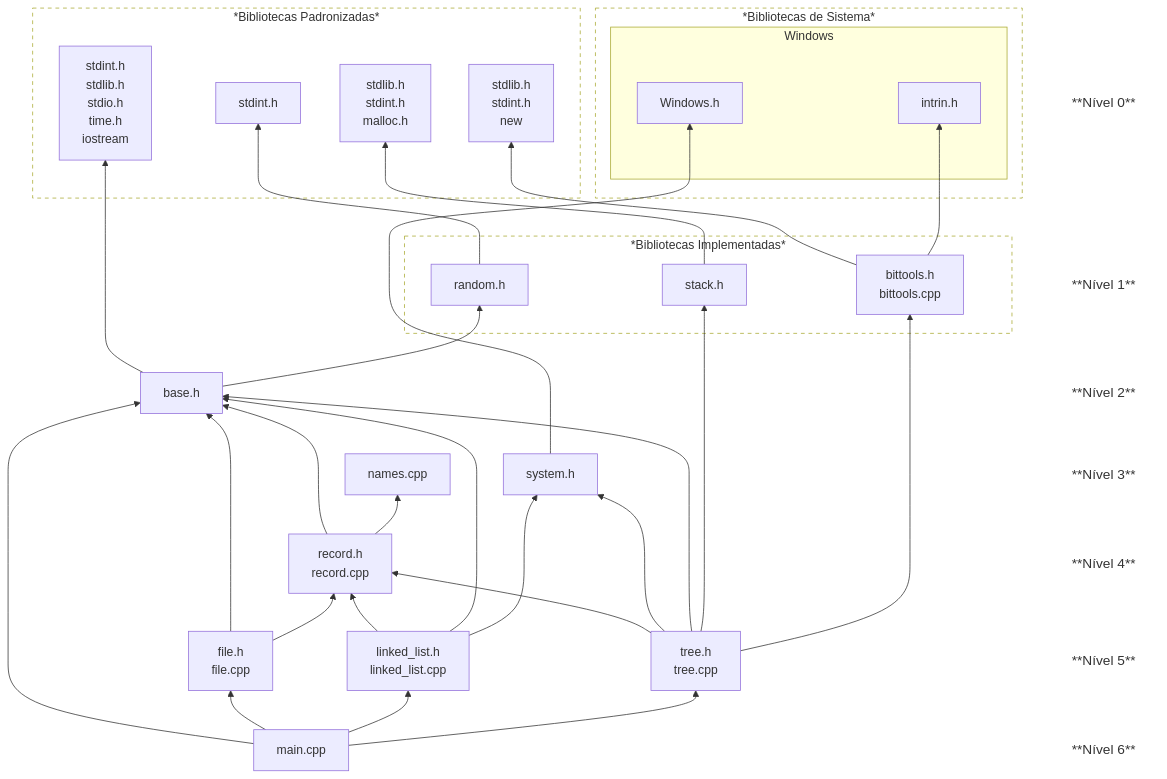
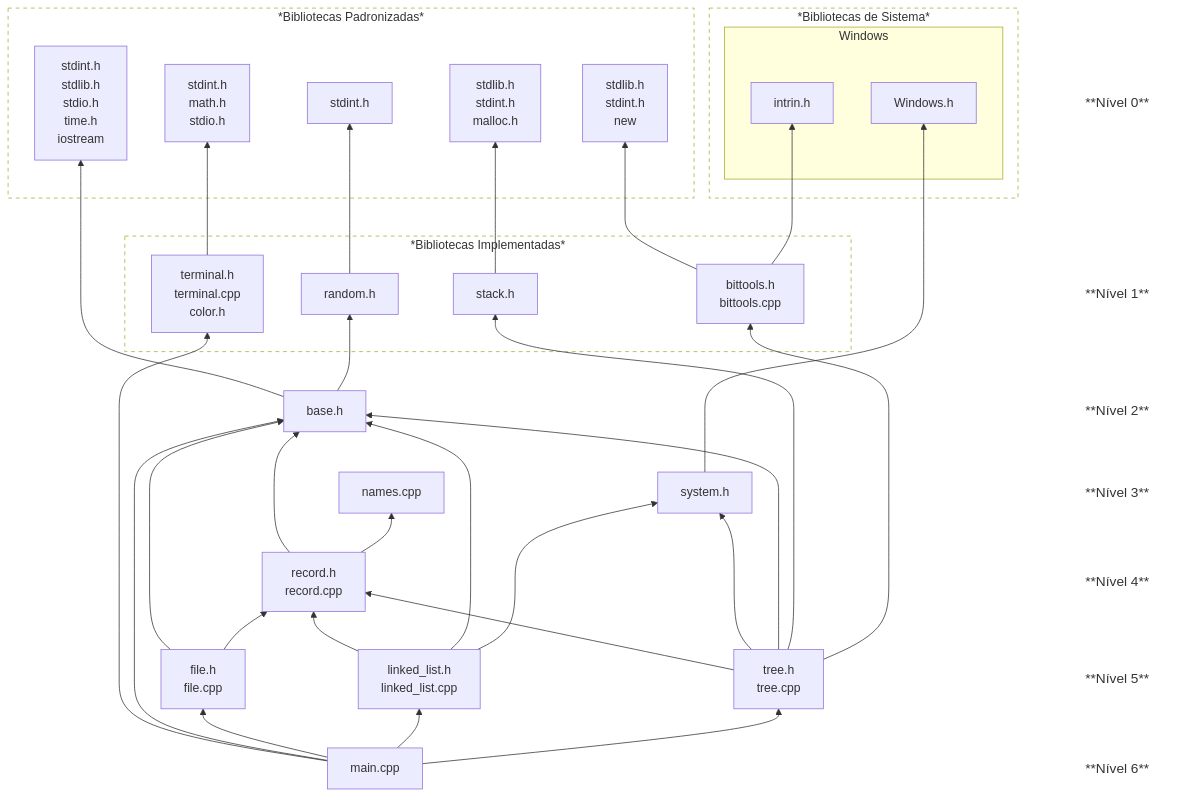
The diagram in README.md (alan-b-lima/Binary_Tree), drawn with Mermaid before and after one commit. The commit also changed other lines of this file and 7 other files, not shown here.

```diff
--- a/README.md
+++ b/README.md
@@ -72,12 +74,14 @@
    
    subgraph stdlibs[*Bibliotecas Padronizadas*]
       base_incl[stdint.h <br> stdlib.h <br> stdio.h <br> time.h <br> iostream]
+      terminal_incl[stdint.h <br> math.h <br> stdio.h]
+      random_incl[stdint.h]
       stack_incl[stdlib.h <br> stdint.h <br> malloc.h]
       bittools_incl[stdlib.h <br> stdint.h <br> new]
-      random_incl[stdint.h]
    end
 
    subgraph usrlibs[*Bibliotecas Implementadas*]
+      terminal.h
       random.h
       stack.h
       bittools.h
@@ -86,6 +90,12 @@
    bittools.h[
       bittools.h
       bittools.cpp
+   ]
+   
+   terminal.h[
+      terminal.h
+      terminal.cpp
+      color.h
    ]
 
    file.h[
@@ -108,21 +118,12 @@
       tree.cpp
    ]
 
-   base.h --> base_incl
-   base.h --> random.h
+   main.cpp --> terminal.h
+   main.cpp --> base.h
+   main.cpp --> file.h
+   main.cpp --> linked_list.h
+   main.cpp --> tree.h
 
-   system.h --> Windows.h
-      
-   random.h --> random_incl
-
-   stack.h --> stack_incl
-
-   bittools.h --> bittools_incl
-   bittools.h --> intrin.h
-
-   record.h ---> base.h
-   record.h --> names.cpp
-   
    file.h --> base.h
    file.h --> record.h
    
@@ -136,10 +137,22 @@
    tree.h ---> stack.h
    tree.h ---> bittools.h
 
-   main.cpp --> base.h
-   main.cpp --> file.h
-   main.cpp --> linked_list.h
-   main.cpp --> tree.h
+   record.h ---> base.h
+   record.h --> names.cpp
+
+   base.h --> base_incl
+   base.h --> random.h
+
+   system.h --> Windows.h
+   
+   terminal.h --> terminal_incl
+   
+   random.h --> random_incl
+
+   stack.h --> stack_incl
+
+   bittools.h --> bittools_incl
+   bittools.h --> intrin.h
    
    style syslibs fill:#0000, stroke-dasharray: 5
    style stdlibs fill:#0000, stroke-dasharray: 5
```
